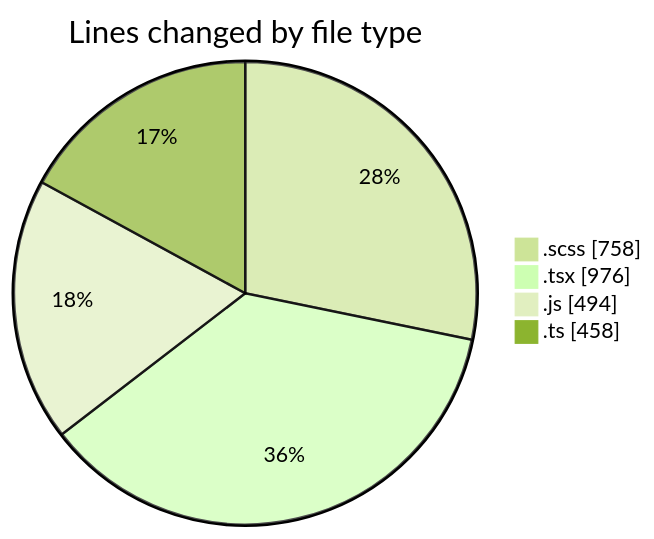
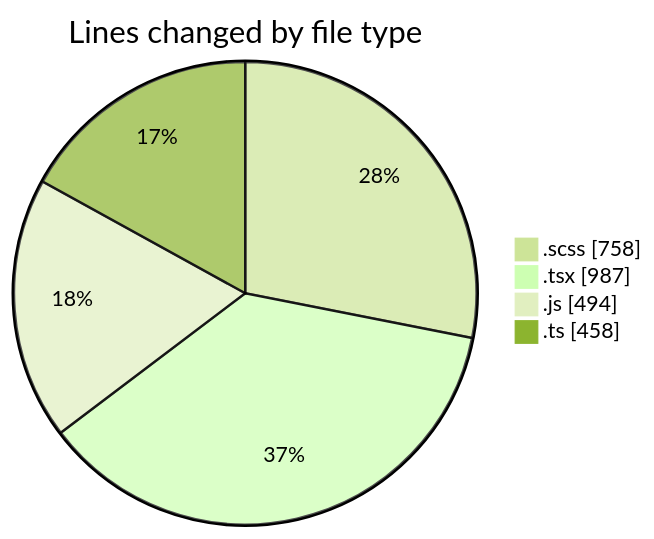
One commit to momahboobian/code-tracking changed the first of 2 diagrams in 2025-03-14/cda/README.md. Above: the diagram before and after it, drawn with Mermaid (forest theme). The commit also changed other lines of this file and 1 other file, not shown here.

````diff
--- a/2025-03-14/cda/README.md
+++ b/2025-03-14/cda/README.md
@@ -34,8 +34,8 @@
 ```mermaid
 pie showData
 title Lines changed by file type
 ".scss" : 758
-".tsx" : 976
+".tsx" : 987
 ".js" : 494
 ".ts" : 458
 ```
````
